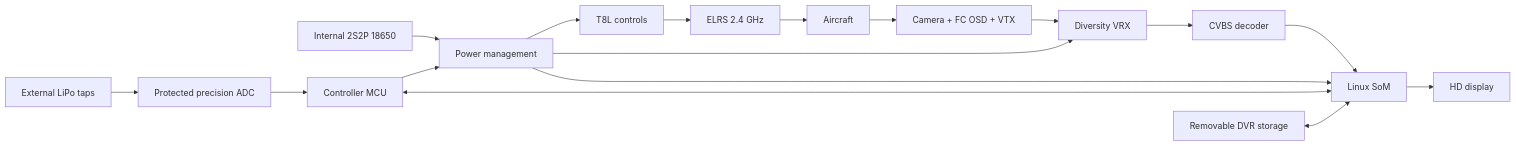
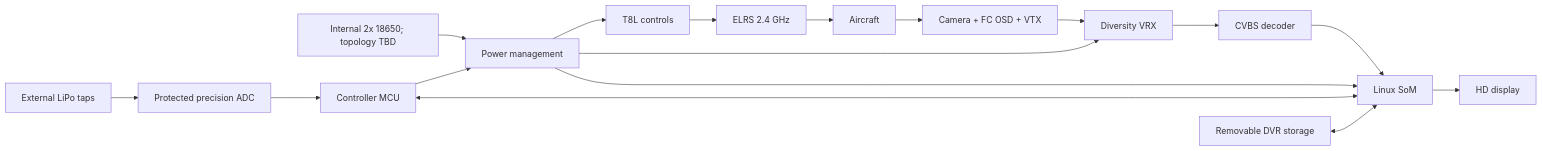
Before and after one commit to wiekstras/FpvDeck: the diagram in docs/assets/diagrams/overall-system.mmd, drawn with Mermaid. The commit also changed 40 other files, not shown here.

```diff
--- a/docs/assets/diagrams/overall-system.mmd
+++ b/docs/assets/diagrams/overall-system.mmd
@@ -1,10 +1,10 @@
 flowchart LR
   T8L["T8L controls"] --> ELRS["ELRS 2.4 GHz"] --> AIR["Aircraft"]
   AIR --> VTX["Camera + FC OSD + VTX"] --> VRX["Diversity VRX"] --> DEC["CVBS decoder"] --> SOM["Linux SoM"] --> LCD["HD display"]
-  PACK["Internal 2S2P 18650"] --> PM["Power management"] --> T8L
+  PACK["Internal 2x 18650; topology TBD"] --> PM["Power management"] --> T8L
   PM --> VRX
   PM --> SOM
   MCU["Controller MCU"] <--> SOM
   MCU --> PM
   LIPO["External LiPo taps"] --> ADC["Protected precision ADC"] --> MCU
   SD["Removable DVR storage"] <--> SOM
```
